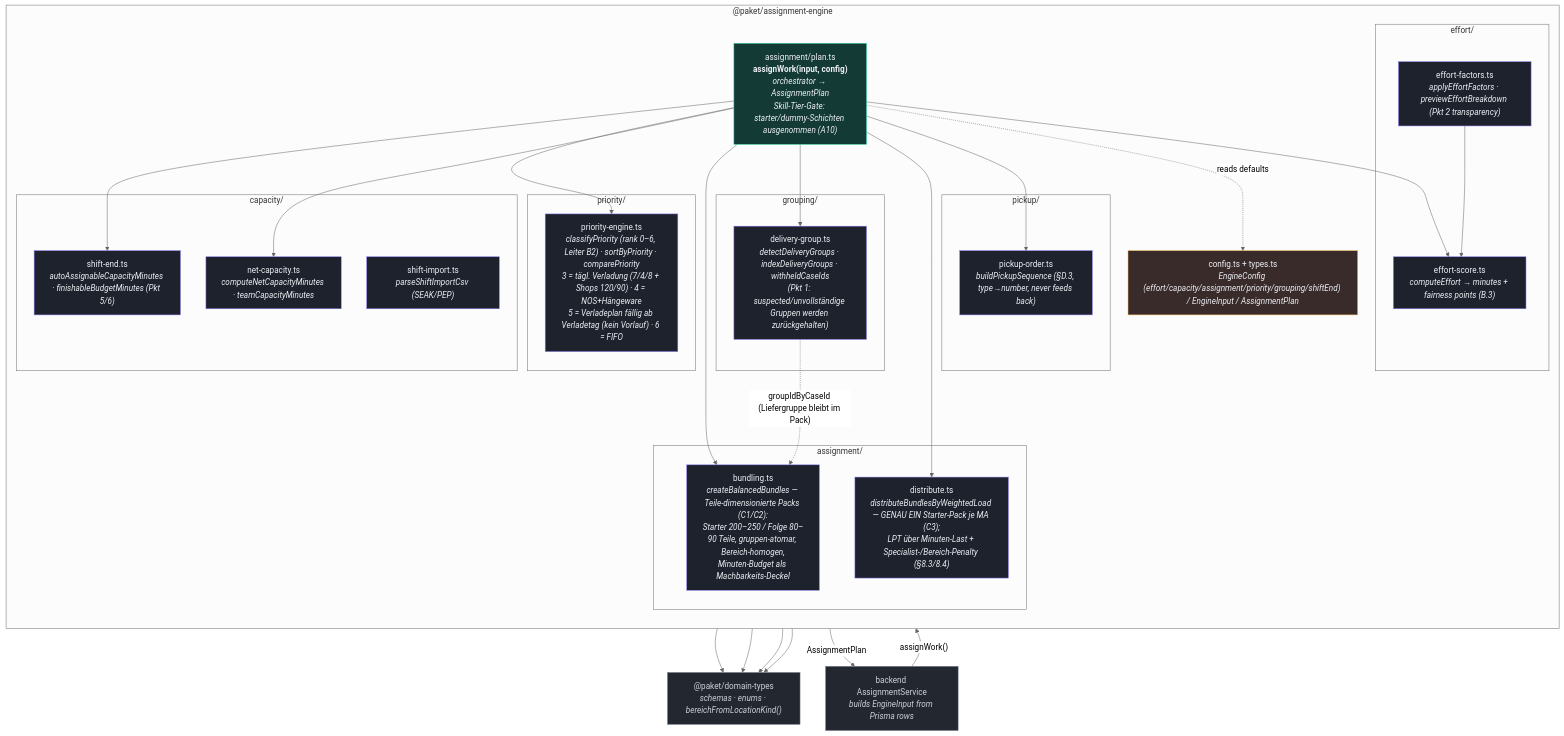
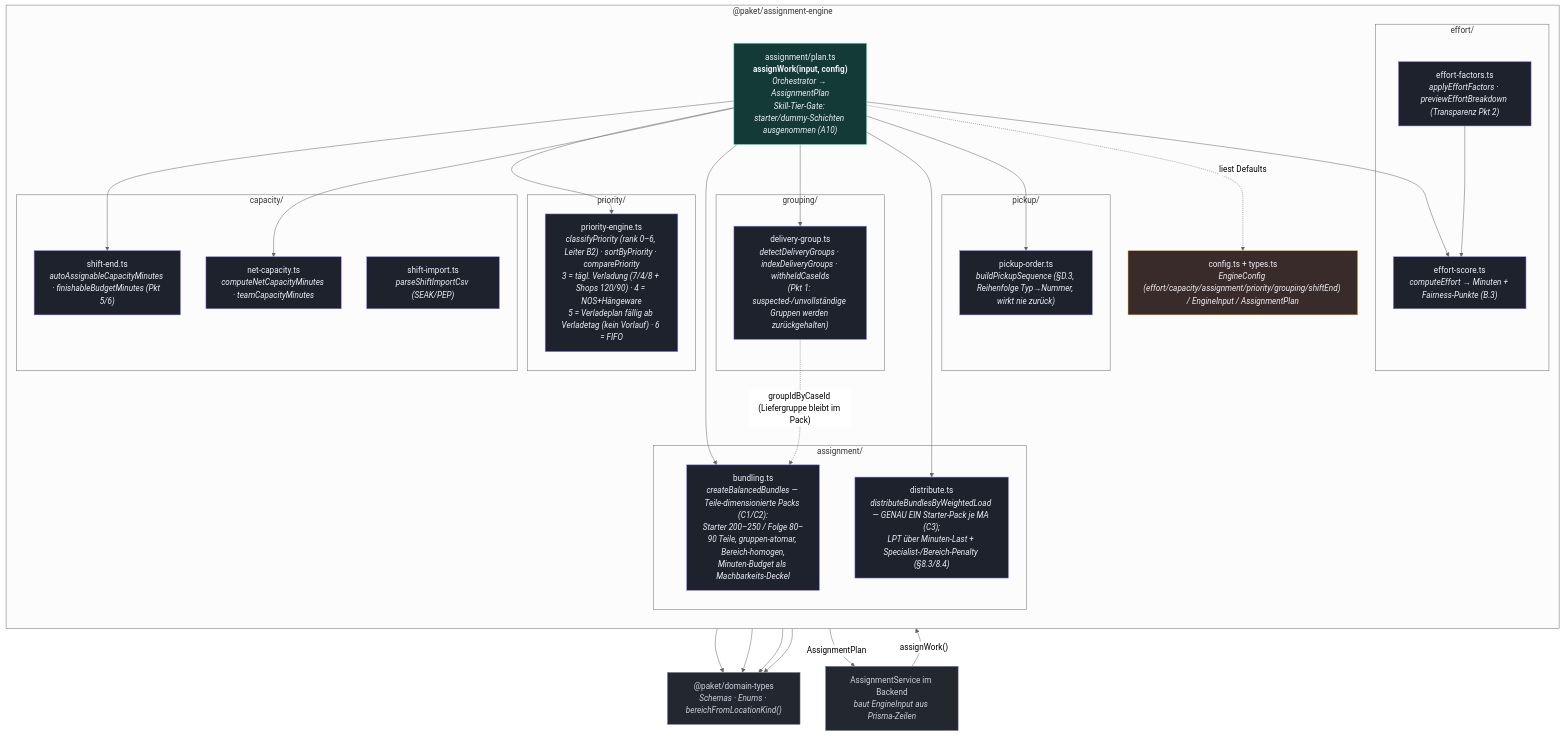
Before and after one commit to officialoniichat/paketdispov2: the diagram in docs/architecture/src/c3-engine-components.mmd, drawn with Mermaid (neutral theme). The commit also changed 22 other files, not shown here.

First line of the commit message:
docs(architecture): Diagramme auf Deutsch und Viewer mit Zoom/Pan

```diff
--- a/docs/architecture/src/c3-engine-components.mmd
+++ b/docs/architecture/src/c3-engine-components.mmd
@@ -1,61 +1,61 @@
-%% C4 Level 3 — Components: @paket/assignment-engine (pure, deterministic)
-%% Verified against packages/assignment-engine/src/* (assignment/plan.ts orchestrator,
+%% C4 Ebene 3 — Komponenten: @paket/assignment-engine (pur, deterministisch)
+%% Verifiziert gegen packages/assignment-engine/src/* (assignment/plan.ts als Orchestrator,
 %% priority/, effort/{effort-score,effort-factors}.ts, assignment/{bundling,distribute}.ts,
 %% capacity/{net-capacity,shift-import,shift-end}.ts, grouping/delivery-group.ts, pickup/, config.ts, types.ts)
 %% — Teile-Modell nach Teamlead-Feedback 03.07.2026 (Skill-Tier-Gate, Starter-Packs, Self-Pull-Pool).
 flowchart TB
     classDef orch fill:#143a35,stroke:#2dd4a7,color:#eef1f6;
     classDef mod fill:#1d222c,stroke:#8b7cf6,color:#eef1f6;
     classDef io fill:#23272f,stroke:#7c8696,color:#cbd2dd;
     classDef cfg fill:#3a2b2b,stroke:#f5b955,color:#eef1f6;
 
-    caller["backend AssignmentService<br/><i>builds EngineInput from Prisma rows</i>"]:::io
+    caller["AssignmentService im Backend<br/><i>baut EngineInput aus Prisma-Zeilen</i>"]:::io
 
     subgraph engine["@paket/assignment-engine"]
         direction TB
-        plan["assignment/plan.ts<br/><b>assignWork(input, config)</b><br/><i>orchestrator → AssignmentPlan<br/>Skill-Tier-Gate: starter/dummy-Schichten ausgenommen (A10)</i>"]:::orch
+        plan["assignment/plan.ts<br/><b>assignWork(input, config)</b><br/><i>Orchestrator → AssignmentPlan<br/>Skill-Tier-Gate: starter/dummy-Schichten ausgenommen (A10)</i>"]:::orch
 
         subgraph prio["priority/"]
             priEng["priority-engine.ts<br/><i>classifyPriority (rank 0–6, Leiter B2) · sortByPriority · comparePriority<br/>3 = tägl. Verladung (7/4/8 + Shops 120/90) · 4 = NOS+Hängeware<br/>5 = Verladeplan fällig ab Verladetag (kein Vorlauf) · 6 = FIFO</i>"]:::mod
         end
         subgraph eff["effort/"]
-            effSc["effort-score.ts<br/><i>computeEffort → minutes + fairness points (B.3)</i>"]:::mod
-            effFac["effort-factors.ts<br/><i>applyEffortFactors · previewEffortBreakdown (Pkt 2 transparency)</i>"]:::mod
+            effSc["effort-score.ts<br/><i>computeEffort → Minuten + Fairness-Punkte (B.3)</i>"]:::mod
+            effFac["effort-factors.ts<br/><i>applyEffortFactors · previewEffortBreakdown (Transparenz Pkt 2)</i>"]:::mod
         end
         subgraph cap["capacity/"]
             netCap["net-capacity.ts<br/><i>computeNetCapacityMinutes · teamCapacityMinutes</i>"]:::mod
             shImp["shift-import.ts<br/><i>parseShiftImportCsv (SEAK/PEP)</i>"]:::mod
             shEnd["shift-end.ts<br/><i>autoAssignableCapacityMinutes · finishableBudgetMinutes (Pkt 5/6)</i>"]:::mod
         end
         subgraph asg["assignment/"]
             bundling["bundling.ts<br/><i>createBalancedBundles — Teile-dimensionierte Packs (C1/C2):<br/>Starter 200–250 / Folge 80–90 Teile, gruppen-atomar, Bereich-homogen,<br/>Minuten-Budget als Machbarkeits-Deckel</i>"]:::mod
             distribute["distribute.ts<br/><i>distributeBundlesByWeightedLoad — GENAU EIN Starter-Pack je MA (C3);<br/>LPT über Minuten-Last + Specialist-/Bereich-Penalty (§8.3/8.4)</i>"]:::mod
         end
         subgraph grp["grouping/"]
-            delivery["delivery-group.ts<br/><i>detectDeliveryGroups · indexDeliveryGroups · withheldCaseIds<br/>(Pkt 1: suspected/unvollständige Gruppen werden zurückgehalten)</i>"]:::mod
+            delivery["delivery-group.ts<br/><i>detectDeliveryGroups · indexDeliveryGroups · withheldCaseIds<br/>(Pkt 1: suspected-/unvollständige Gruppen werden zurückgehalten)</i>"]:::mod
         end
         subgraph pck["pickup/"]
-            pickup["pickup-order.ts<br/><i>buildPickupSequence (§D.3, type→number, never feeds back)</i>"]:::mod
+            pickup["pickup-order.ts<br/><i>buildPickupSequence (§D.3, Reihenfolge Typ→Nummer, wirkt nie zurück)</i>"]:::mod
         end
         config["config.ts + types.ts<br/><i>EngineConfig (effort/capacity/assignment/priority/grouping/shiftEnd) / EngineInput / AssignmentPlan</i>"]:::cfg
     end
 
-    types["@paket/domain-types<br/><i>schemas · enums · bereichFromLocationKind()</i>"]:::io
+    types["@paket/domain-types<br/><i>Schemas · Enums · bereichFromLocationKind()</i>"]:::io
 
     caller -->|"assignWork()"| plan
     plan --> shEnd
     plan --> priEng
     plan --> effSc
     plan --> netCap
     plan --> bundling
     plan --> delivery
     plan --> distribute
     plan --> pickup
     delivery -. "groupIdByCaseId (Liefergruppe bleibt im Pack)" .-> bundling
-    plan -. "reads defaults" .-> config
+    plan -. "liest Defaults" .-> config
     priEng --> types
     effSc --> types
     effFac --> effSc
     pickup --> types
     config --> types
     plan -->|"AssignmentPlan"| caller
```
